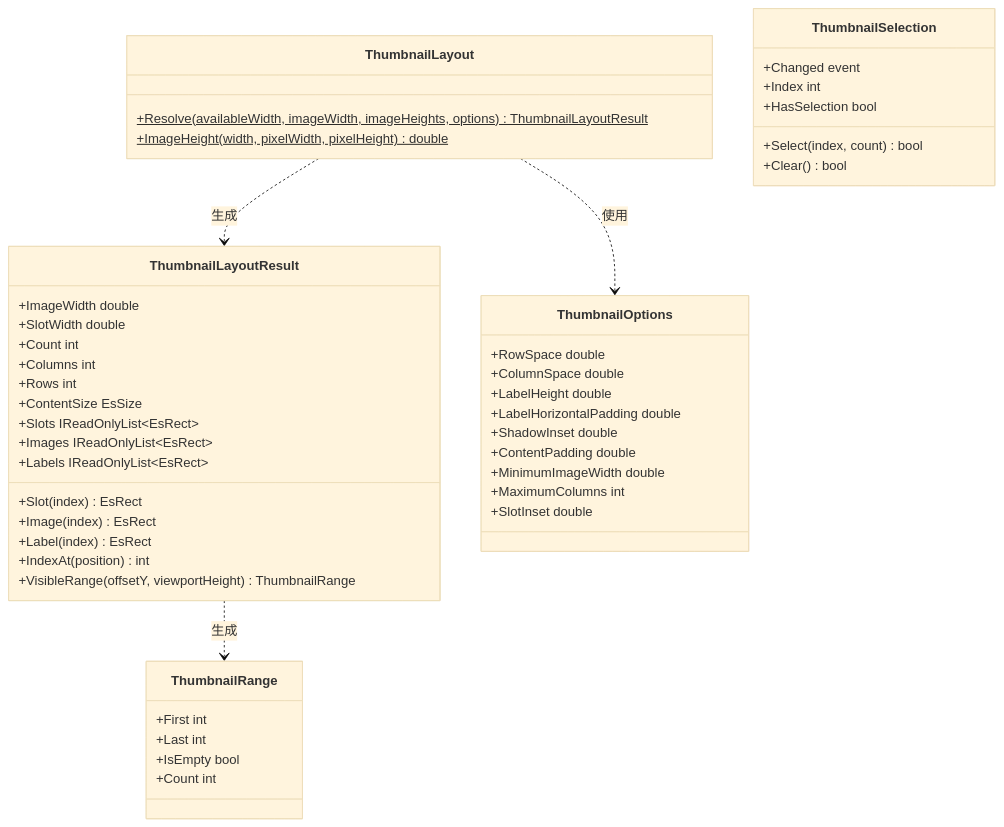
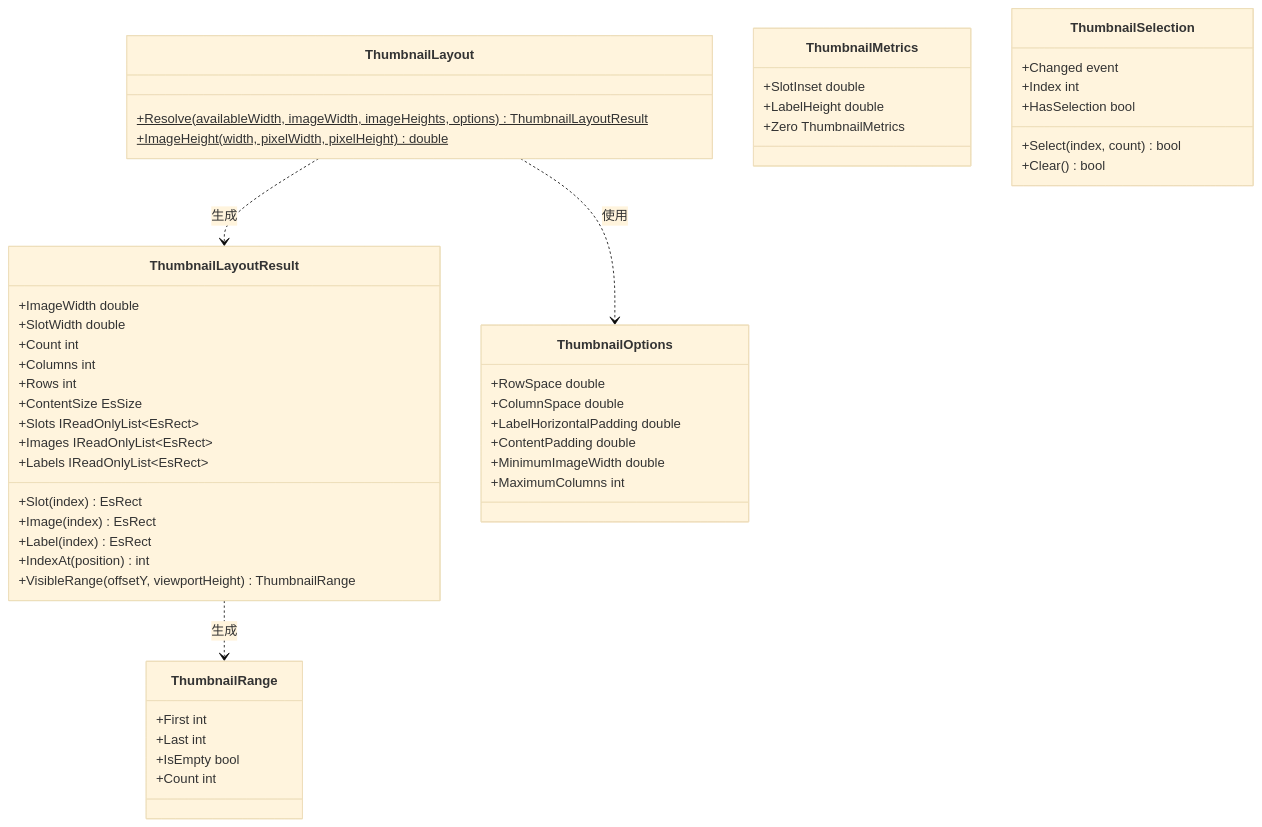
Before and after one commit to tomokuni/EsUtil: the second of 3 diagrams in EsUtil/Feature.Thumbnail.Core/docs/SPEC_System.md, drawn with Mermaid (base theme). The commit also changed other lines of this file and 30 other files, not shown here.

````diff
--- a/EsUtil/Feature.Thumbnail.Core/docs/SPEC_System.md
+++ b/EsUtil/Feature.Thumbnail.Core/docs/SPEC_System.md
@@ -102,51 +102,53 @@
 ```mermaid
 classDiagram
     class ThumbnailLayout {
         +Resolve(availableWidth, imageWidth, imageHeights, options)$ ThumbnailLayoutResult
         +ImageHeight(width, pixelWidth, pixelHeight)$ double
     }
     class ThumbnailLayoutResult {
         +ImageWidth double
         +SlotWidth double
         +Count int
         +Columns int
         +Rows int
         +ContentSize EsSize
         +Slots IReadOnlyList~EsRect~
         +Images IReadOnlyList~EsRect~
         +Labels IReadOnlyList~EsRect~
         +Slot(index) EsRect
         +Image(index) EsRect
         +Label(index) EsRect
         +IndexAt(position) int
         +VisibleRange(offsetY, viewportHeight) ThumbnailRange
     }
     class ThumbnailOptions {
         +RowSpace double
         +ColumnSpace double
-        +LabelHeight double
         +LabelHorizontalPadding double
-        +ShadowInset double
         +ContentPadding double
         +MinimumImageWidth double
         +MaximumColumns int
+    }
+    class ThumbnailMetrics {
         +SlotInset double
+        +LabelHeight double
+        +Zero ThumbnailMetrics
     }
     class ThumbnailSelection {
         +Changed event
         +Index int
         +HasSelection bool
         +Select(index, count) bool
         +Clear() bool
     }
     class ThumbnailRange {
         +First int
         +Last int
         +IsEmpty bool
         +Count int
     }
 
     ThumbnailLayout ..> ThumbnailLayoutResult : 生成
     ThumbnailLayout ..> ThumbnailOptions : 使用
     ThumbnailLayoutResult ..> ThumbnailRange : 生成
 ```
````
